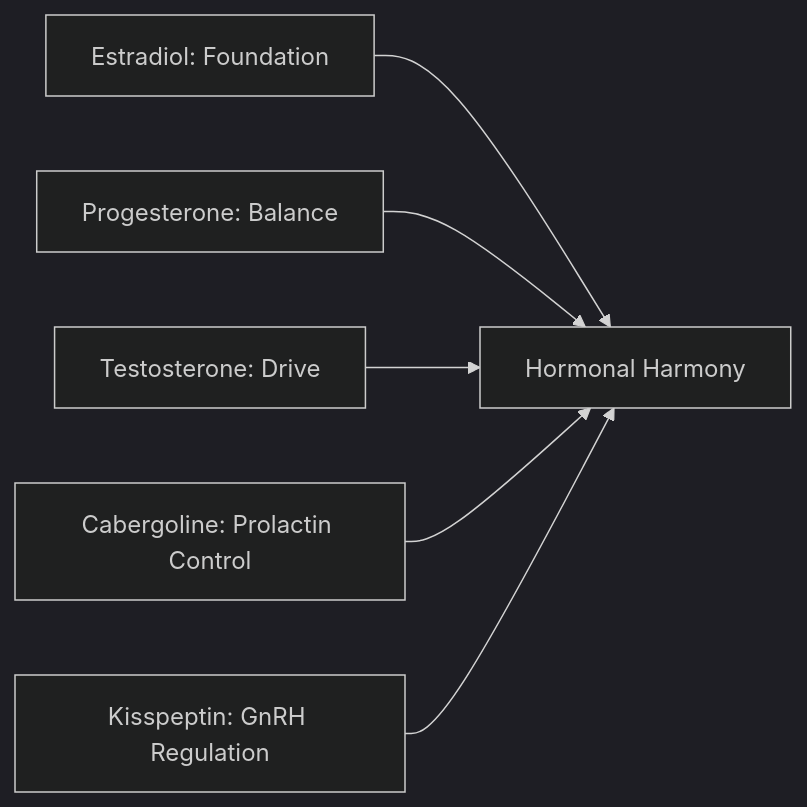
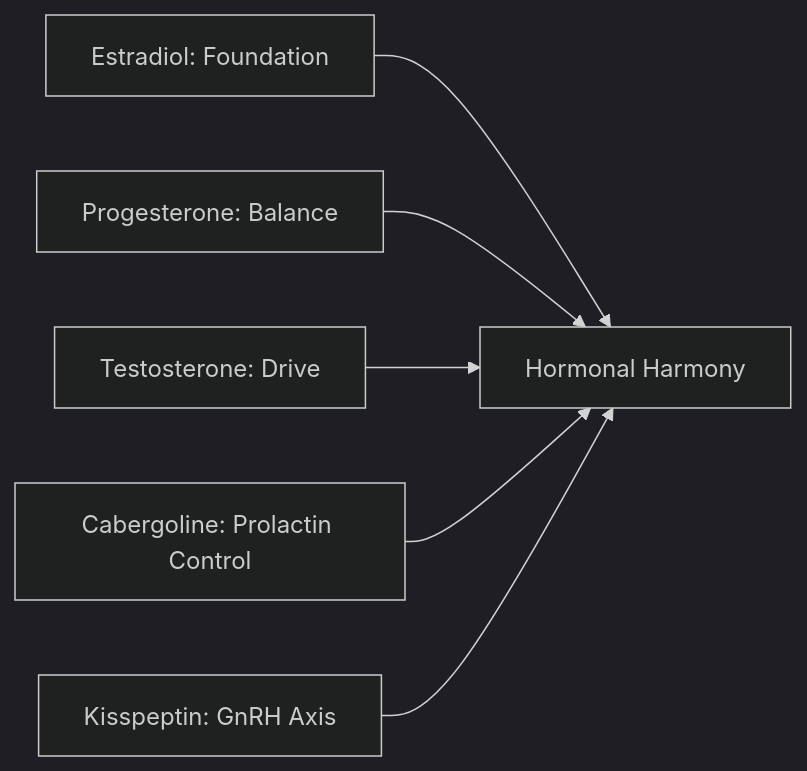
Before and after one commit to 199-biotechnologies/199-peptides: the first of 8 diagrams in protocols/athena-protocol.md, drawn with Mermaid (dark theme). The commit also changed other lines of this file and 1 other file, not shown here.

````diff
--- a/protocols/athena-protocol.md
+++ b/protocols/athena-protocol.md
@@ -78,8 +82,8 @@
 ```mermaid
 flowchart LR
     E2[Estradiol: Foundation] --> H[Hormonal Harmony]
     P4[Progesterone: Balance] --> H
     T[Testosterone: Drive] --> H
     CAB[Cabergoline: Prolactin Control] --> H
-    KP[Kisspeptin: GnRH Regulation] --> H
+    KP[Kisspeptin: GnRH Axis] --> H
 ```
````
